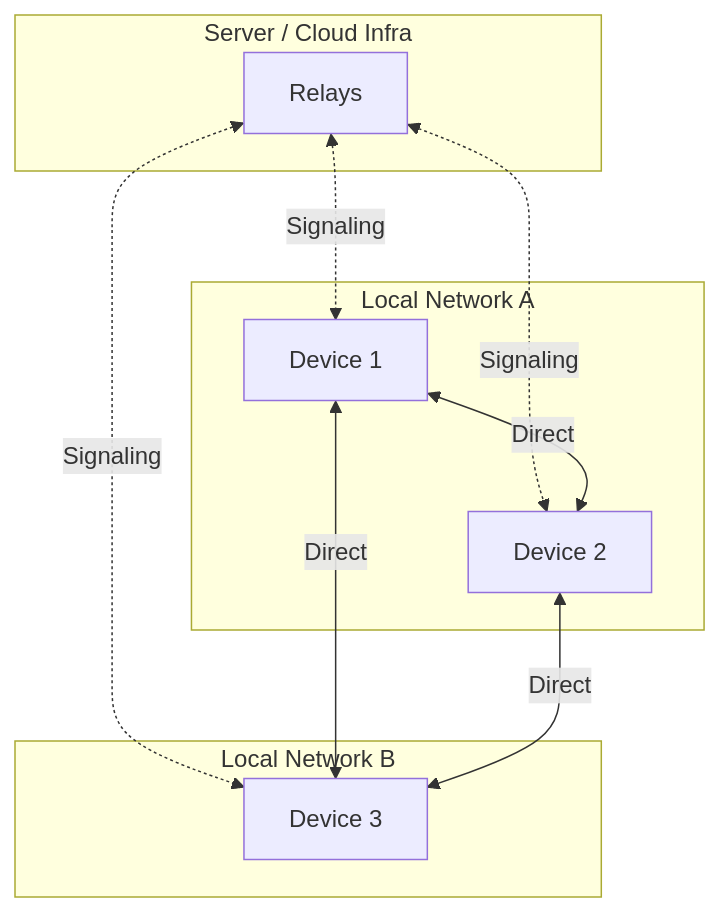
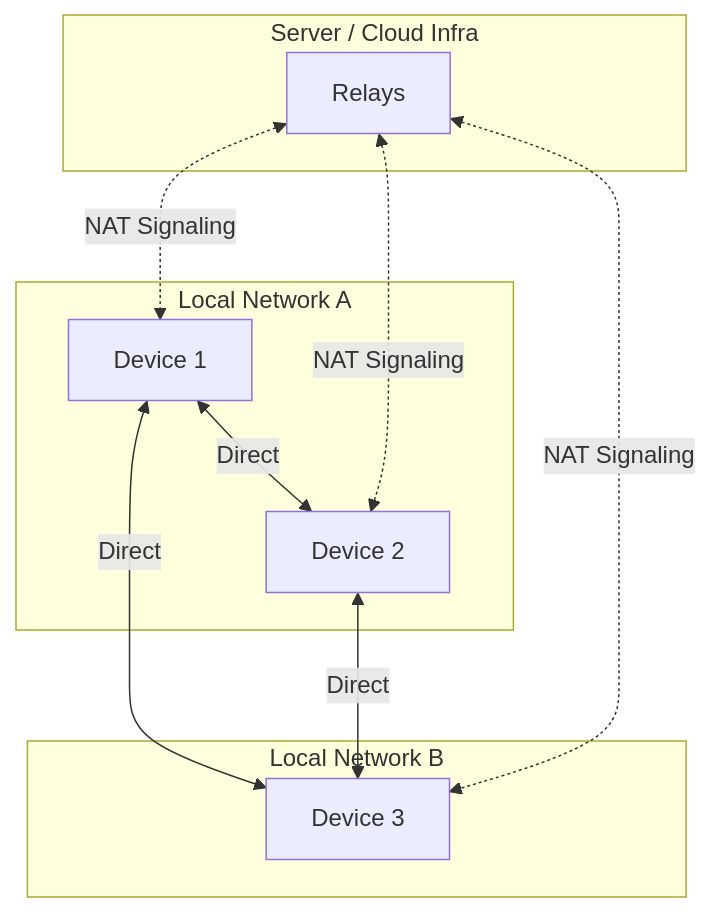
Before and after one commit to peers-app/peers-app.github.io: the third of 3 diagrams in docs/articles/servers-solve-three-problems.md, drawn with Mermaid. The commit also changed other lines of this file, not shown here.

````diff
--- a/docs/articles/servers-solve-three-problems.md
+++ b/docs/articles/servers-solve-three-problems.md
@@ -124,22 +133,23 @@
 ```mermaid
 graph TB
     subgraph "Server / Cloud Infra"
         S["Relays"]
     end
 
+    subgraph "Local Network B"
+        D3[Device 3]
+    end
+
     subgraph "Local Network A"
         D1[Device 1]
         D2[Device 2]
     end
+    
+    D1 <-->|Direct| D2
+    S <-.->|NAT Signaling| D1
+    S <-.->|NAT Signaling| D2
 
-    subgraph "Local Network B"
-        D3[Device 3]
-    end
-
-    S <-.->|Signaling| D1
-    S <-.->|Signaling| D2
-    S <-.->|Signaling| D3
-    D1 <-->|Direct| D2
     D1 <-->|Direct| D3
     D2 <-->|Direct| D3
+    S <-.->|NAT Signaling| D3
 ```
````
